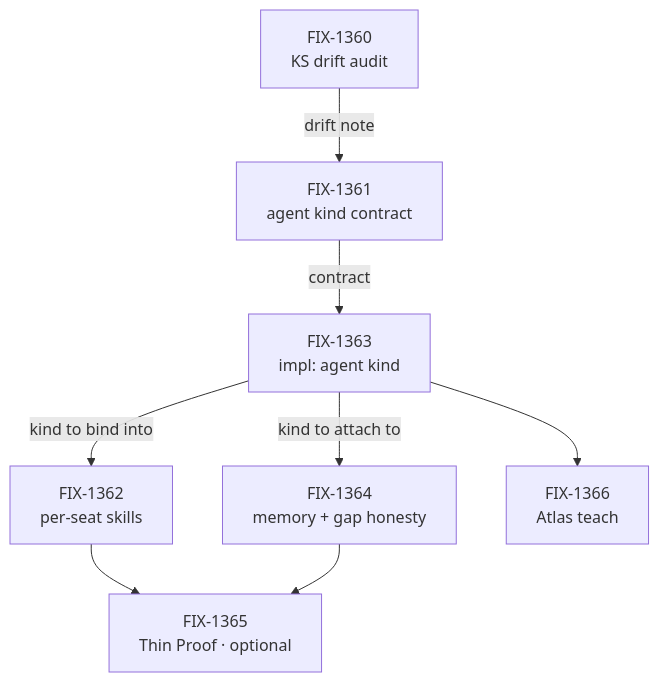
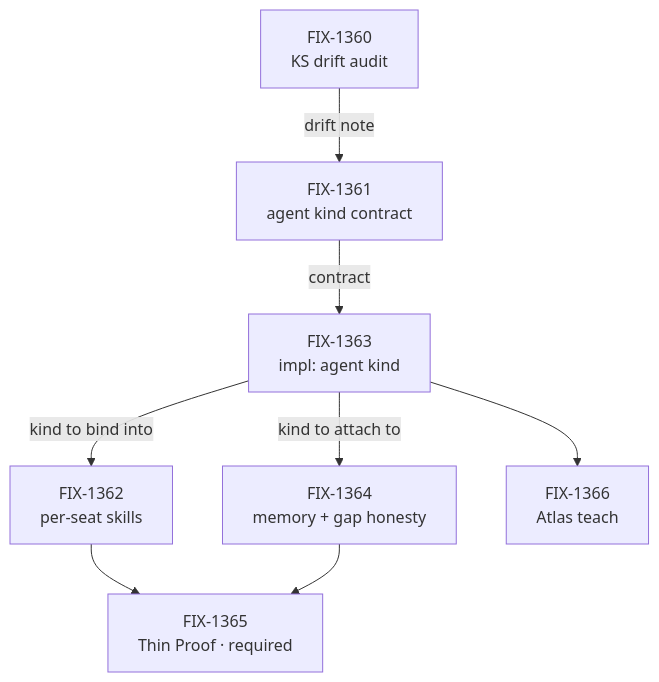
The diagram in spec/_epics/default-agent-kind.md (fixpoint-labs/flow-state-dev), drawn with Mermaid before and after one commit. The commit also changed other lines of this file, not shown here.

````diff
--- a/spec/_epics/default-agent-kind.md
+++ b/spec/_epics/default-agent-kind.md
@@ -127,10 +163,10 @@
 ```mermaid
 flowchart TD
   A[FIX-1360<br/>KS drift audit] -->|drift note| B[FIX-1361<br/>agent kind contract]
   B -->|contract| C[FIX-1363<br/>impl: agent kind]
   C -->|kind to bind into| D[FIX-1362<br/>per-seat skills]
   C -->|kind to attach to| E[FIX-1364<br/>memory + gap honesty]
   C --> F[FIX-1366<br/>Atlas teach]
-  D --> G[FIX-1365<br/>Thin Proof · optional]
+  D --> G[FIX-1365<br/>Thin Proof · required]
   E --> G
 ```
````
